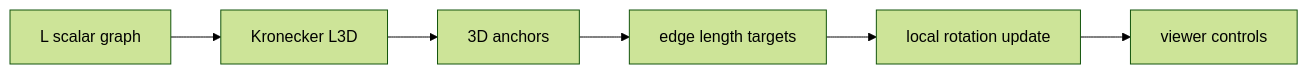
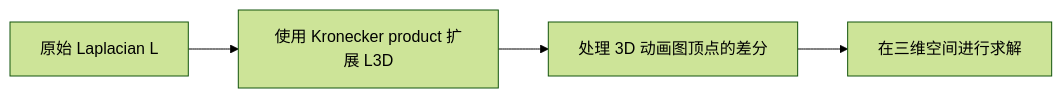
The seventh of 10 diagrams in docs/blog/Theory/laplacian_deformation/README.md (EvihGraphics/AnimationTech-HTC), drawn with Mermaid (forest theme) before and after one commit. The commit also changed other lines of this file and 17 other files, not shown here.

Commit message:
docs(blog): standardize AnimationPapers and Theory with modular mermaid flows and media assets

````diff
--- a/docs/blog/Theory/laplacian_deformation/README.md
+++ b/docs/blog/Theory/laplacian_deformation/README.md
@@ -82,8 +146,6 @@
 ```mermaid
 flowchart LR
-    L[L scalar graph] --> K[Kronecker L3D]
-    K --> A[3D anchors]
-    A --> E[edge length targets]
-    E --> R[local rotation update]
-    R --> V[viewer controls]
+    A[原始 Laplacian L] --> B[使用 Kronecker product 扩展 L3D]
+    B --> C[处理 3D 动画图顶点的差分]
+    C --> D[在三维空间进行求解]
 ```
````
